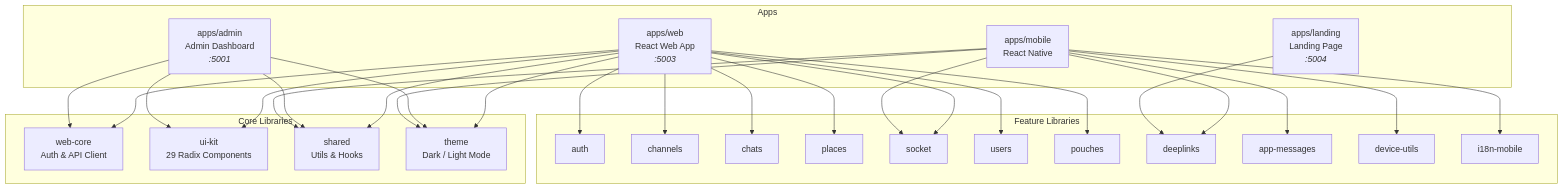
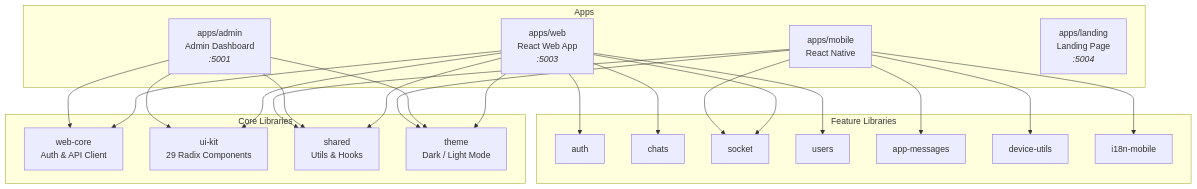
The diagram in README.md (lemoncloud-io/dou-app), drawn with Mermaid before and after one commit. The commit also changed other lines of this file and 28 other files, not shown here.

First line of the commit message:
refactor: remove unused libs/channels, libs/places, and libs/pouches

````diff
--- a/README.md
+++ b/README.md
@@ -87,36 +87,31 @@
 ```mermaid
 graph TB
     subgraph Apps
         WEB["apps/web<br/>React Web App<br/><i>:5003</i>"]
         ADMIN["apps/admin<br/>Admin Dashboard<br/><i>:5001</i>"]
         MOBILE["apps/mobile<br/>React Native"]
         LANDING["apps/landing<br/>Landing Page<br/><i>:5004</i>"]
     end
 
     subgraph Core["Core Libraries"]
         WEBCORE["web-core<br/>Auth & API Client"]
         UIKIT["ui-kit<br/>29 Radix Components"]
         SHARED["shared<br/>Utils & Hooks"]
         THEME["theme<br/>Dark / Light Mode"]
     end
 
     subgraph Features["Feature Libraries"]
         AUTH[auth]
-        CHANNELS[channels]
         CHATS[chats]
-        PLACES[places]
         SOCKET[socket]
         USERS[users]
-        POUCHES[pouches]
-        DEEPLINKS[deeplinks]
         APPMSG[app-messages]
         DEVICE[device-utils]
         I18N[i18n-mobile]
     end
 
     WEB --> WEBCORE & UIKIT & SHARED & THEME
-    WEB --> AUTH & CHANNELS & CHATS & PLACES & SOCKET & USERS & POUCHES
+    WEB --> AUTH & CHATS & SOCKET & USERS
     ADMIN --> WEBCORE & UIKIT & SHARED & THEME
-    MOBILE --> SHARED & THEME & DEEPLINKS & SOCKET & DEVICE & I18N & APPMSG
-    LANDING --> DEEPLINKS
+    MOBILE --> SHARED & THEME & SOCKET & DEVICE & I18N & APPMSG
 ```
````
